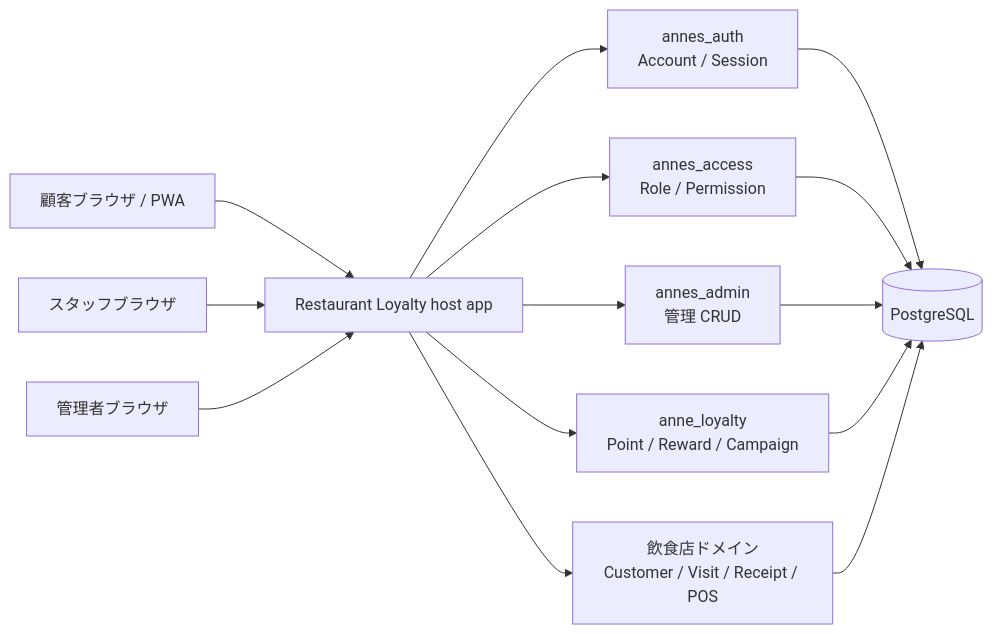
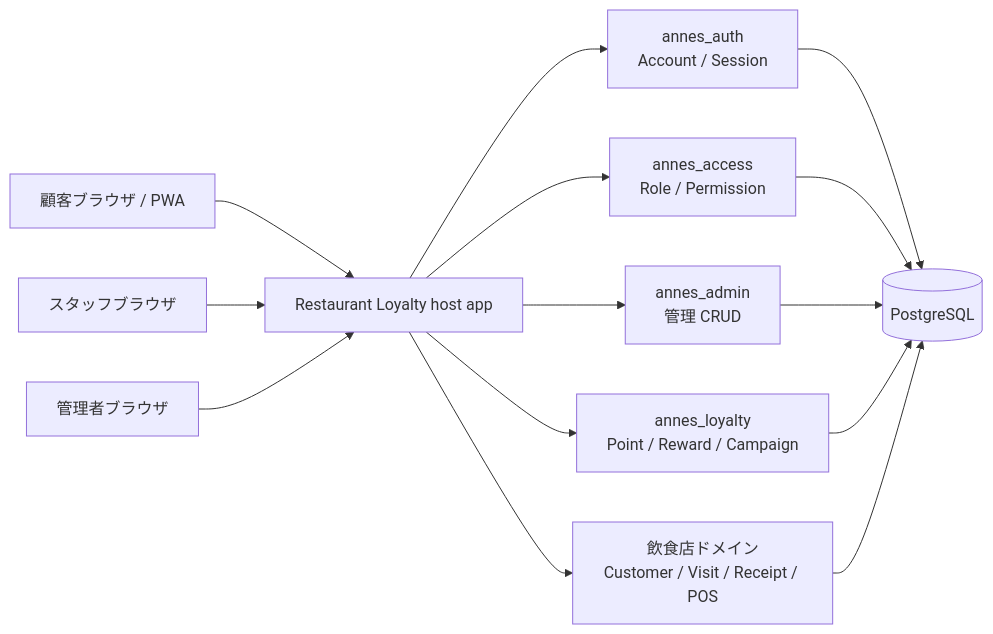
One commit to quartet-labo/annes_engine changed the first of 2 diagrams in examples/restaurant_loyalty/docs/technical_concept.md. Above: the diagram before and after it, drawn with Mermaid. The commit also changed other lines of this file and 164 other files, not shown here.

Commit message:
refactor(loyalty): rename package and namespace to AnnesLoyalty

````diff
--- a/examples/restaurant_loyalty/docs/technical_concept.md
+++ b/examples/restaurant_loyalty/docs/technical_concept.md
@@ -65,19 +65,19 @@
 ```mermaid
 flowchart LR
     Customer["顧客ブラウザ / PWA"] --> Host["Restaurant Loyalty host app"]
     Staff["スタッフブラウザ"] --> Host
     Admin["管理者ブラウザ"] --> Host
 
     Host --> Auth["annes_auth\nAccount / Session"]
     Host --> Access["annes_access\nRole / Permission"]
     Host --> AdminEngine["annes_admin\n管理 CRUD"]
-    Host --> Loyalty["anne_loyalty\nPoint / Reward / Campaign"]
+    Host --> Loyalty["annes_loyalty\nPoint / Reward / Campaign"]
 
     Host --> Domain["飲食店ドメイン\nCustomer / Visit / Receipt / POS"]
 
     Auth --> DB[(PostgreSQL)]
     Access --> DB
     AdminEngine --> DB
     Loyalty --> DB
     Domain --> DB
 ```
````
